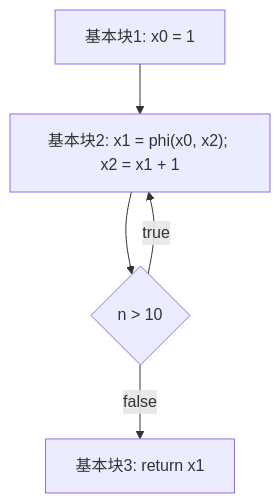
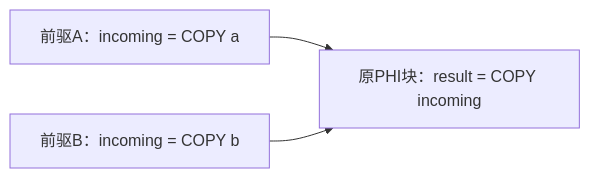
Before and after one commit to liyangzmx/llvm-learn: the second of 2 diagrams in llvm/inside-llvm-codegen/inside-llvm-codegen-ch10.md, drawn with Mermaid. The commit also changed other lines of this file and 147 other files, not shown here.

````diff
--- a/llvm/inside-llvm-codegen/inside-llvm-codegen-ch10.md
+++ b/llvm/inside-llvm-codegen/inside-llvm-codegen-ch10.md
@@ -455,7 +372,5 @@
 ```mermaid
-flowchart TD
-    A["基本块1: x0 = 1"] --> B["基本块2: x1 = phi(x0, x2); x2 = x1 + 1"]
-    B --> C{"n > 10"}
-    C -->|true| B
-    C -->|false| D["基本块3: return x1"]
+flowchart LR
+ A["前驱A：incoming = COPY a"] --> C["原PHI块：result = COPY incoming"]
+ B["前驱B：incoming = COPY b"] --> C
 ```
````
